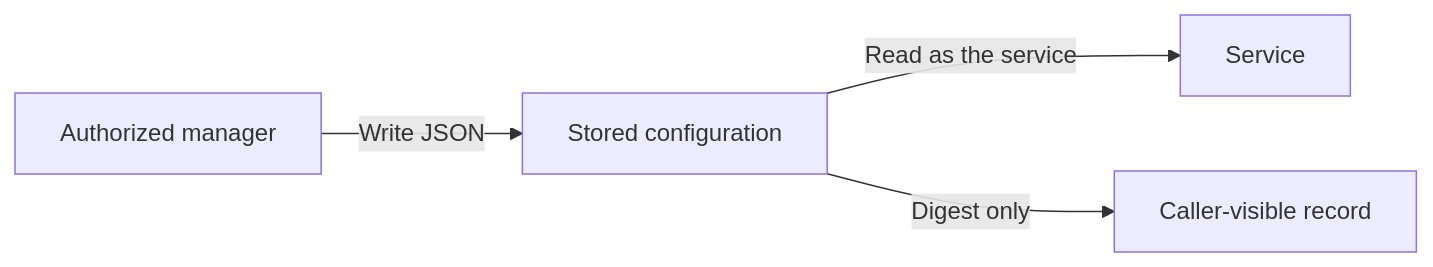
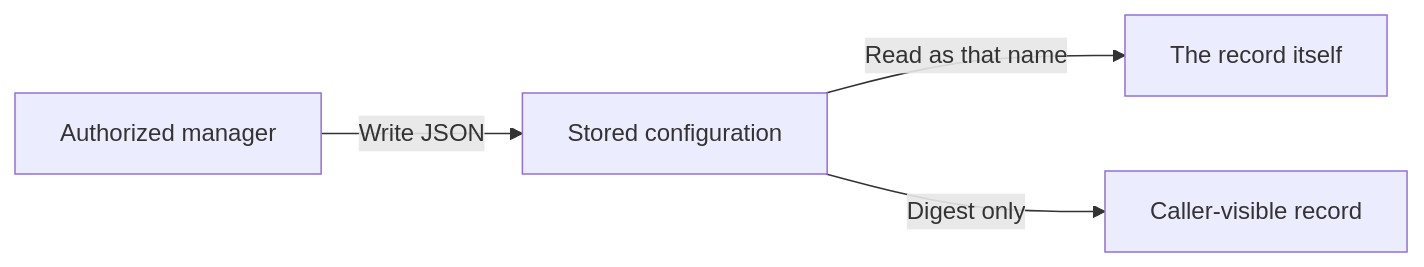
The first of 2 diagrams in docs/03-services-and-topics.md (parf/ai-agent-bus), drawn with Mermaid before and after one commit. The commit also changed other lines of this file and 18 other files, not shown here.

````diff
--- a/docs/03-services-and-topics.md
+++ b/docs/03-services-and-topics.md
@@ -190,6 +203,6 @@
 ```mermaid
 flowchart LR
     Writer[Authorized manager] -->|Write JSON| Store[Stored configuration]
-    Store -->|Read as the service| Service[Service]
+    Store -->|Read as that name| Record[The record itself]
     Store -->|Digest only| Listing[Caller-visible record]
 ```
````
